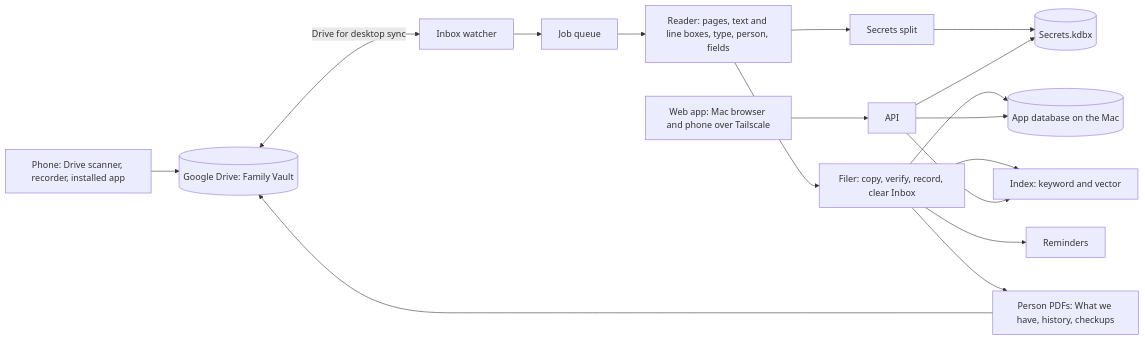
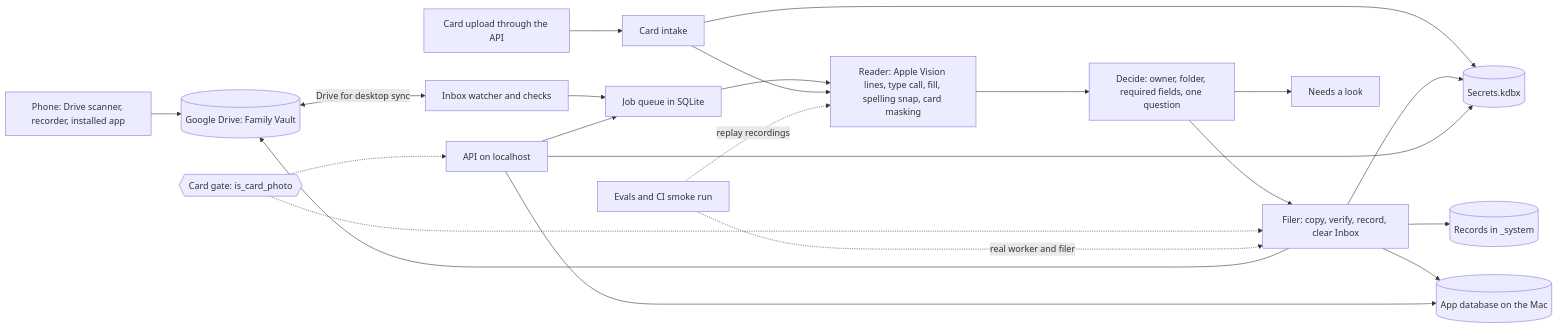
The diagram in docs/architecture.md (Varun-Kambali/household-docs-vault), drawn with Mermaid before and after one commit. The commit also changed other lines of this file and 2 other files, not shown here.

Commit message:
docs: update requirements, architecture and case study for M2

````diff
--- a/docs/architecture.md
+++ b/docs/architecture.md
@@ -7,19 +7,24 @@
 ```mermaid
 flowchart LR
   P[Phone: Drive scanner, recorder, installed app] --> D[(Google Drive: Family Vault)]
-  D <-->|Drive for desktop sync| W[Inbox watcher]
-  W --> Q[Job queue]
-  Q --> R[Reader: pages, text and line boxes, type, person, fields]
-  R --> S[Secrets split]
-  S --> K[(Secrets.kdbx)]
-  R --> F[Filer: copy, verify, record, clear Inbox]
+  D <-->|Drive for desktop sync| W[Inbox watcher and checks]
+  UP[Card upload through the API] --> CI[Card intake]
+  W --> Q[Job queue in SQLite]
+  Q --> R[Reader: Apple Vision lines, type call, fill, spelling snap, card masking]
+  CI --> R
+  R --> DEC[Decide: owner, folder, required fields, one question]
+  DEC --> F[Filer: copy, verify, record, clear Inbox]
+  DEC --> NAL[Needs a look]
+  CI --> K[(Secrets.kdbx)]
+  F --> K
+  F --> REC[(Records in _system)]
   F --> DB[(App database on the Mac)]
-  F --> I[Index: keyword and vector]
-  F --> RM[Reminders]
-  F --> PDF[Person PDFs: What we have, history, checkups]
-  PDF --> D
-  API[API] --> DB
-  API --> I
+  F --> D
+  G{{Card gate: is_card_photo}} -.-> F
+  G -.-> API
+  API[API on localhost] --> DB
+  API --> Q
   API --> K
-  UI[Web app: Mac browser and phone over Tailscale] --> API
+  EV[Evals and CI smoke run] -. replay recordings .-> R
+  EV -. real worker and filer .-> F
 ```
````
